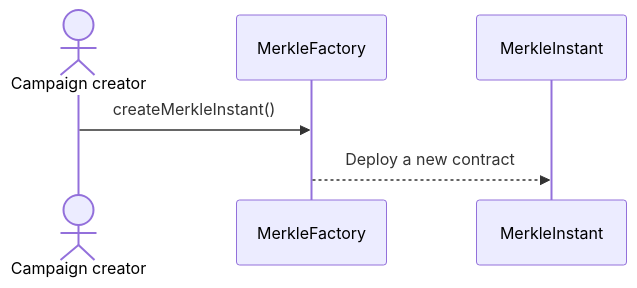
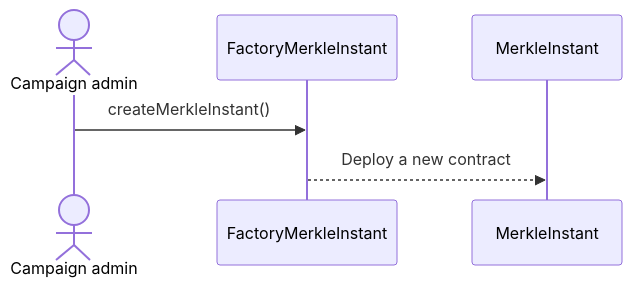
The fourth of 8 diagrams in docs/reference/airdrops/01-diagrams.md (sablier-labs/docs), drawn with Mermaid before and after one commit. The commit also changed other lines of this file and 274 other files, not shown here.

````diff
--- a/docs/reference/airdrops/01-diagrams.md
+++ b/docs/reference/airdrops/01-diagrams.md
@@ -37,7 +48,7 @@
 ```mermaid
 sequenceDiagram
-  actor Campaign creator
+  actor Campaign admin
 
-  Campaign creator ->> MerkleFactory: createMerkleInstant()
-  MerkleFactory -->> MerkleInstant: Deploy a new contract
+  Campaign admin ->> FactoryMerkleInstant: createMerkleInstant()
+  FactoryMerkleInstant -->> MerkleInstant: Deploy a new contract
 ```
````
